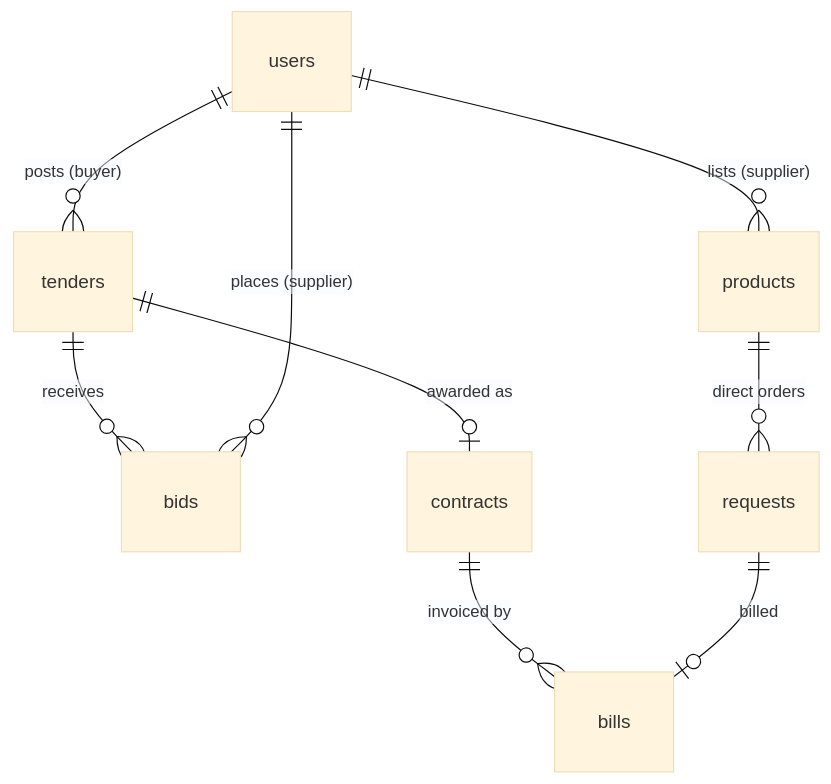
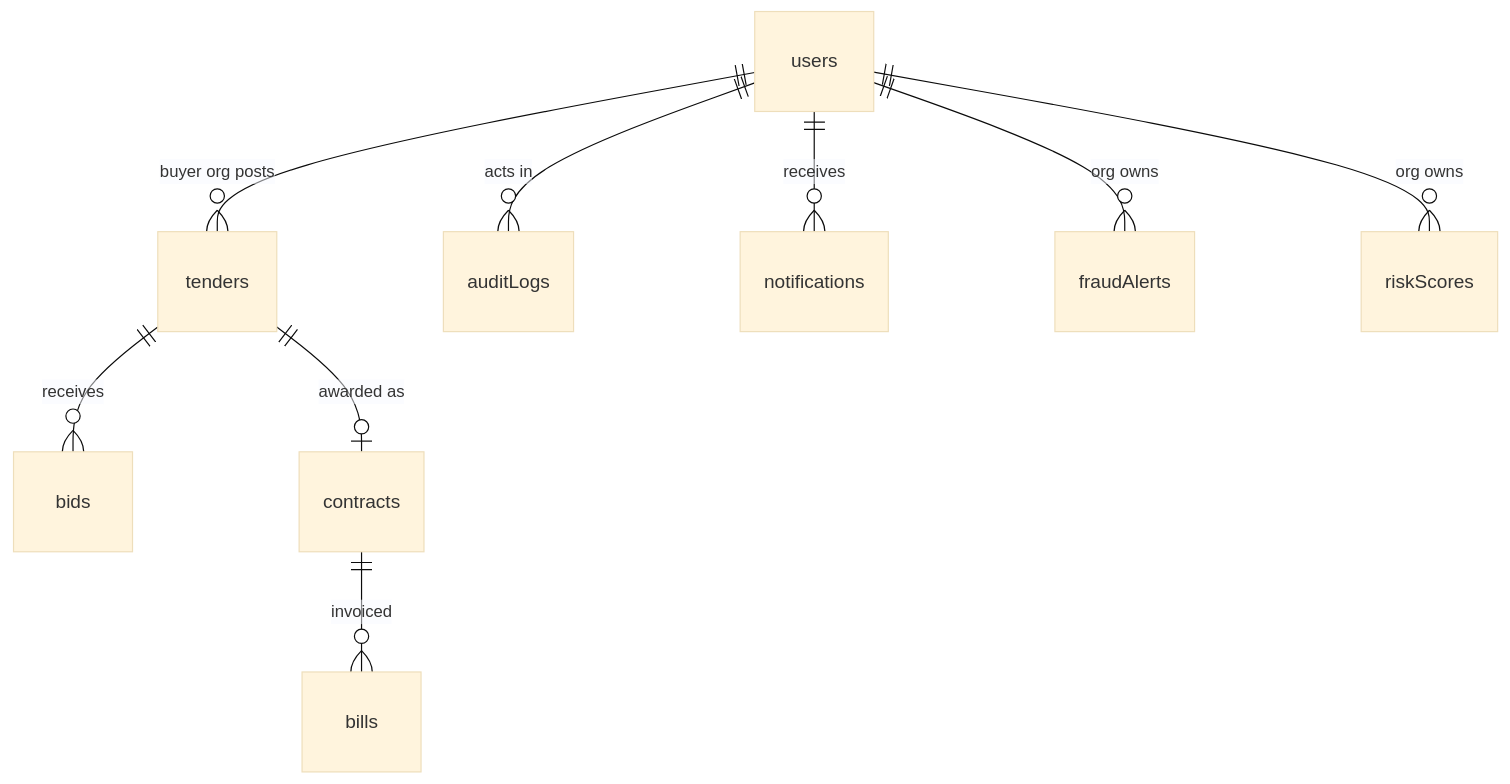
The third of 4 diagrams in README.md (himanshu2005-tech/tether), drawn with Mermaid (base theme) before and after one commit. The commit also changed other lines of this file and 74 other files, not shown here.

Commit message:
feat: complete procurement suite with KYC, fraud engine, OCR, approvals, and audit trail

````diff
--- a/README.md
+++ b/README.md
@@ -347,11 +251,11 @@
 ```mermaid
 erDiagram
-    users ||--o{ tenders : "posts (buyer)"
+    users ||--o{ tenders : "buyer org posts"
     tenders ||--o{ bids : receives
-    users ||--o{ bids : "places (supplier)"
     tenders ||--o| contracts : "awarded as"
-    contracts ||--o{ bills : "invoiced by"
-    users ||--o{ products : "lists (supplier)"
-    products ||--o{ requests : "direct orders"
-    requests ||--o| bills : billed
+    contracts ||--o{ bills : invoiced
+    users ||--o{ auditLogs : "acts in"
+    users ||--o{ notifications : receives
+    users ||--o{ fraudAlerts : "org owns"
+    users ||--o{ riskScores : "org owns"
 ```
````
